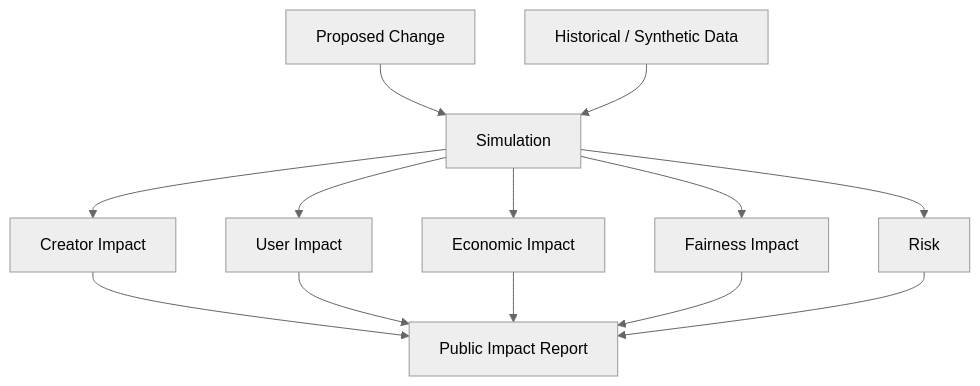
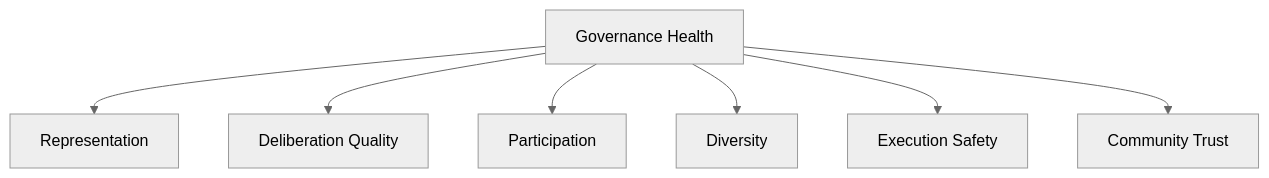
One commit to ShigeichiroYamasaki/creator-first-platform changed diagram 17 of 23 in docs/whitepaper/07-governance.md. Above: the diagram before and after it, drawn with Mermaid (neutral theme). The commit also changed other lines of this file and 1 other file, not shown here.

````diff
--- a/docs/whitepaper/07-governance.md
+++ b/docs/whitepaper/07-governance.md
@@ -476,20 +775,11 @@
 ```mermaid
 flowchart TD
-    CHANGE[Proposed Change]
-    DATA[Historical / Synthetic Data]
+    HEALTH[Governance Health]
 
-    CHANGE --> SIM[Simulation]
-    DATA --> SIM
-
-    SIM --> CREATOR[Creator Impact]
-    SIM --> USER[User Impact]
-    SIM --> ECON[Economic Impact]
-    SIM --> FAIR[Fairness Impact]
-    SIM --> RISK[Risk]
-
-    CREATOR --> REPORT[Public Impact Report]
-    USER --> REPORT
-    ECON --> REPORT
-    FAIR --> REPORT
-    RISK --> REPORT
+    HEALTH --> REP[Representation]
+    HEALTH --> DELIB[Deliberation Quality]
+    HEALTH --> PART[Participation]
+    HEALTH --> DIVERSITY[Diversity]
+    HEALTH --> SAFE[Execution Safety]
+    HEALTH --> TRUST[Community Trust]
 ```
````
